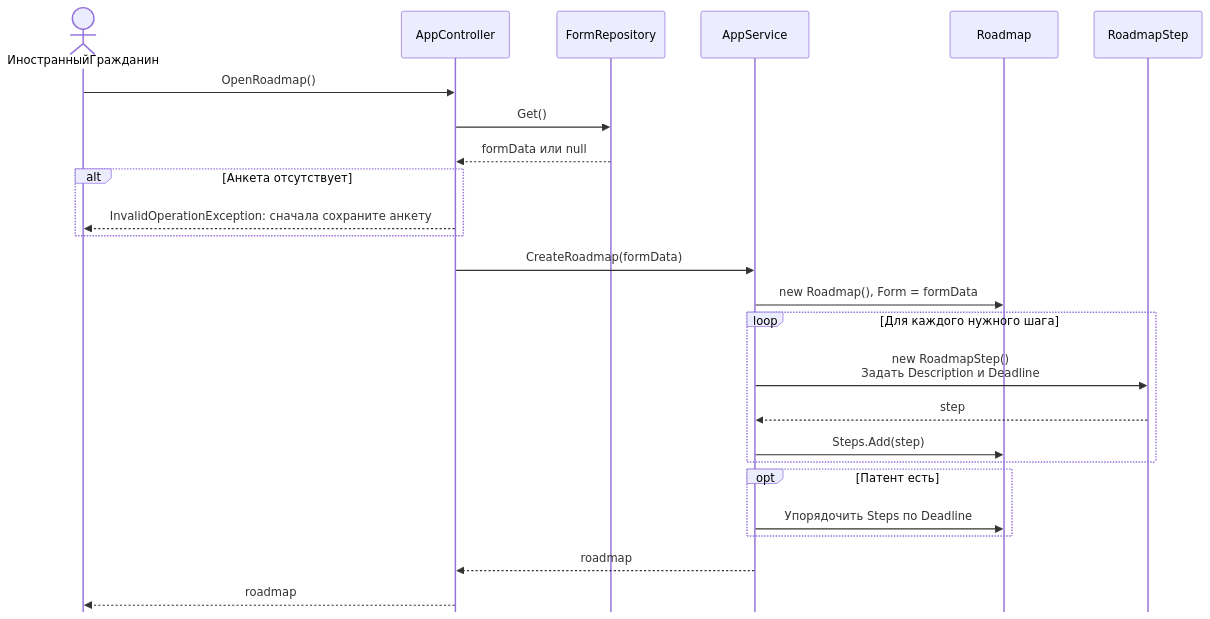
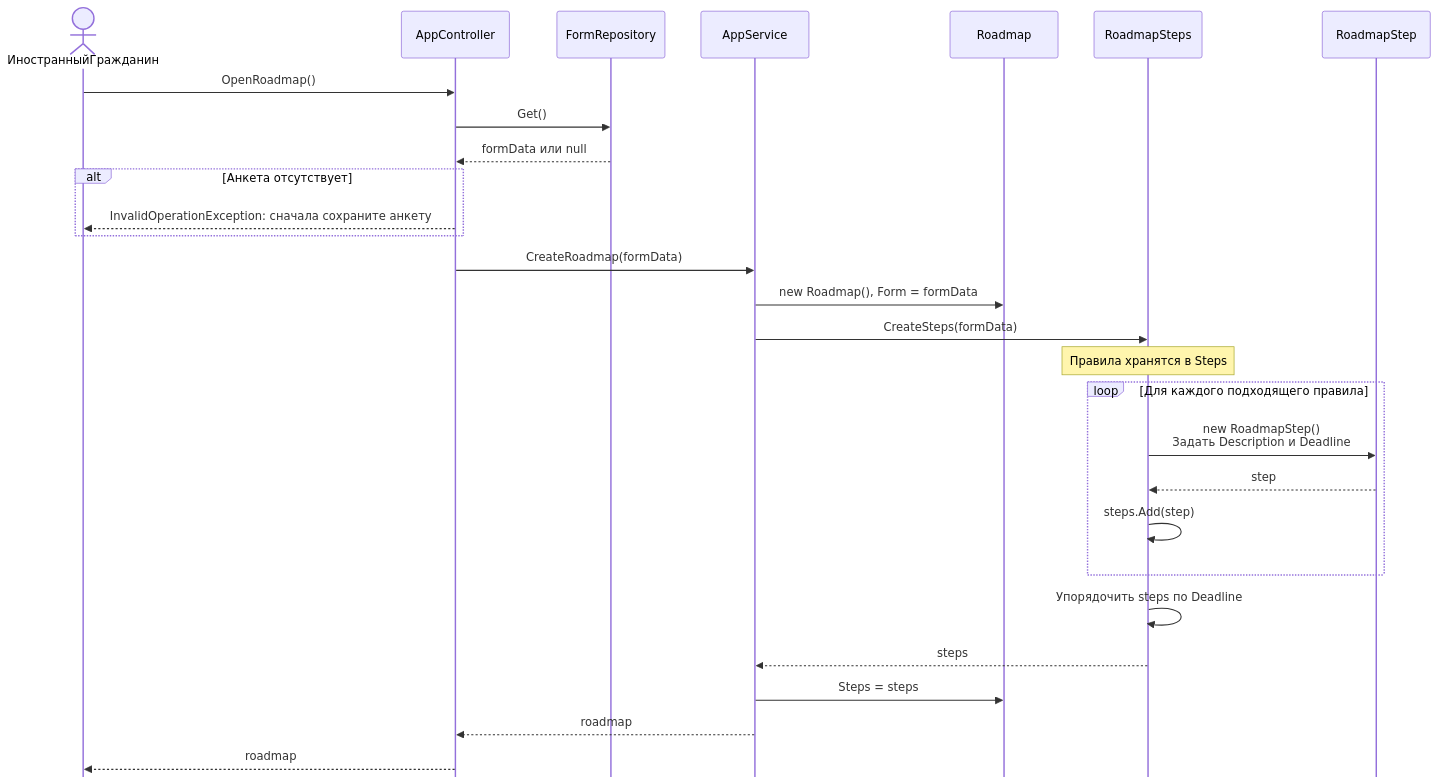
The second of 2 diagrams in _docs/lab4.md (Edmorton1/peace), drawn with Mermaid before and after one commit. The commit also changed 3 other files, not shown here.

Commit message:
RoadmapSteps

````diff
--- a/_docs/lab4.md
+++ b/_docs/lab4.md
@@ -33,30 +33,33 @@
 ```mermaid
 %%{init: {'sequence': {'mirrorActors': false}}}%%
 sequenceDiagram
     actor ИностранныйГражданин
     participant AppController
     participant FormRepository
     participant AppService
     participant Roadmap
+    participant RoadmapSteps
     participant RoadmapStep
     ИностранныйГражданин->>AppController: OpenRoadmap()
     AppController->>FormRepository: Get()
     FormRepository-->>AppController: formData или null
 
     alt Анкета отсутствует
         AppController-->>ИностранныйГражданин: InvalidOperationException: сначала сохраните анкету
     end
 
     AppController->>AppService: CreateRoadmap(formData)
     AppService->>Roadmap: new Roadmap(), Form = formData
-    loop Для каждого нужного шага
-        AppService->>RoadmapStep: new RoadmapStep()<br/>Задать Description и Deadline
-        RoadmapStep-->>AppService: step
-        AppService->>Roadmap: Steps.Add(step)
+    AppService->>RoadmapSteps: CreateSteps(formData)
+    Note over RoadmapSteps: Правила хранятся в Steps
+    loop Для каждого подходящего правила
+        RoadmapSteps->>RoadmapStep: new RoadmapStep()<br/>Задать Description и Deadline
+        RoadmapStep-->>RoadmapSteps: step
+        RoadmapSteps->>RoadmapSteps: steps.Add(step)
     end
-    opt Патент есть
-        AppService->>Roadmap: Упорядочить Steps по Deadline
-    end
+    RoadmapSteps->>RoadmapSteps: Упорядочить steps по Deadline
+    RoadmapSteps-->>AppService: steps
+    AppService->>Roadmap: Steps = steps
     AppService-->>AppController: roadmap
     AppController-->>ИностранныйГражданин: roadmap
 ```
````
